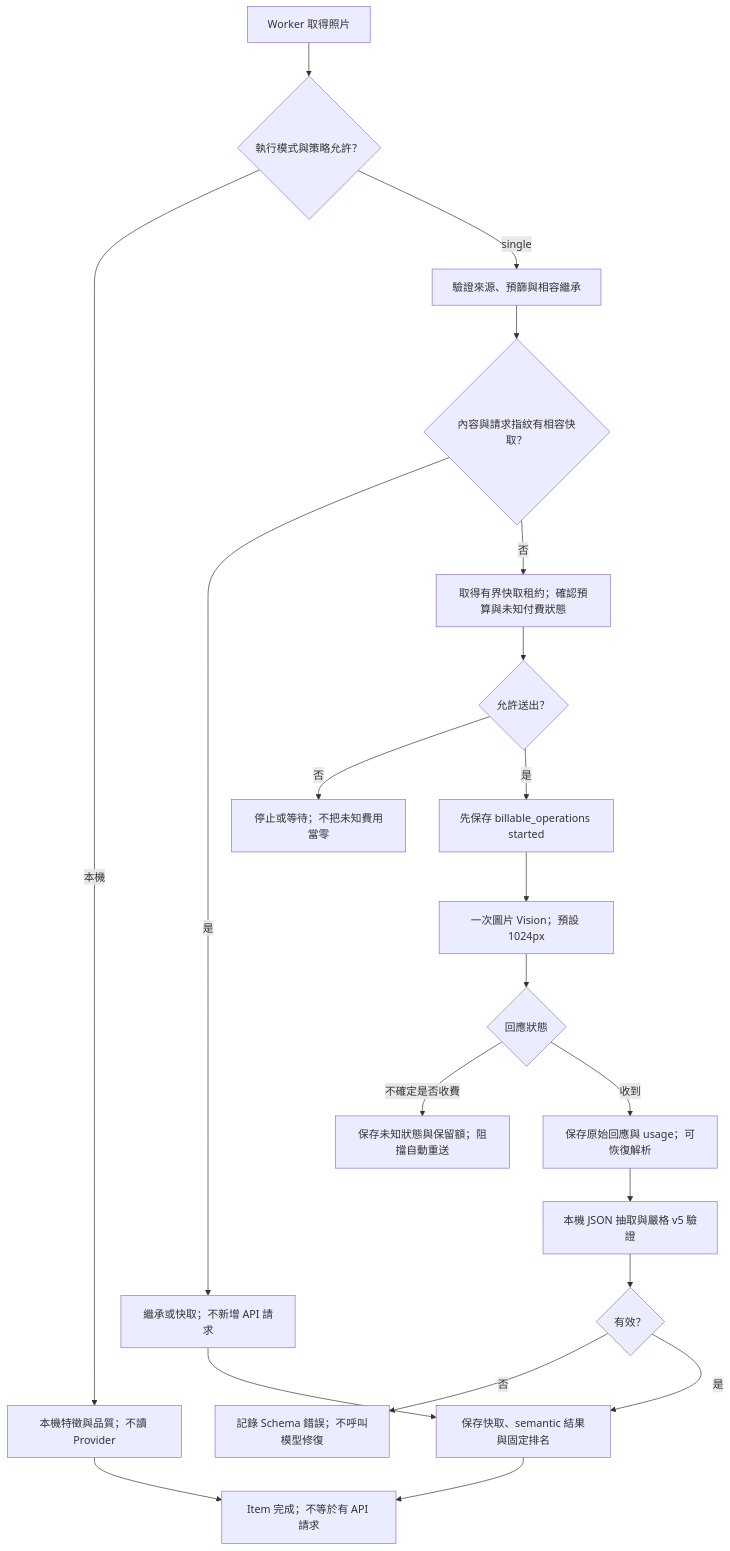
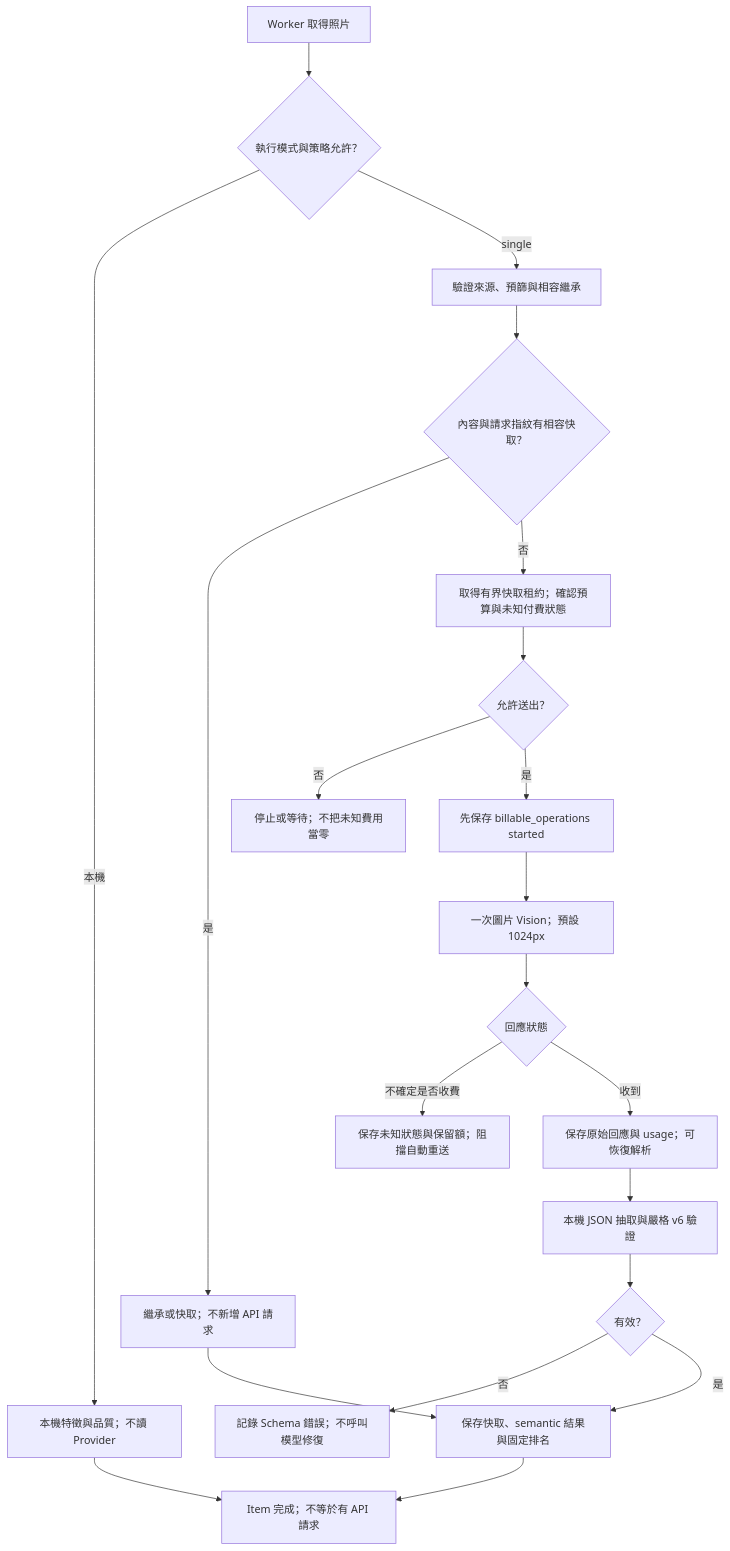
The fifth of 15 diagrams in README.md (steven87090799/InkTime), drawn with Mermaid before and after one commit. The commit also changed other lines of this file and 69 other files, not shown here.

````diff
--- a/README.md
+++ b/README.md
@@ -270,23 +270,23 @@
 ```mermaid
 flowchart TD
     ITEM["Worker 取得照片"] --> MODE{"執行模式與策略允許？"}
     MODE -->|本機| LOCAL["本機特徵與品質；不讀 Provider"]
     MODE -->|single| SOURCE["驗證來源、預篩與相容繼承"]
     SOURCE --> CACHE{"內容與請求指紋有相容快取？"}
     CACHE -->|是| REUSE["繼承或快取；不新增 API 請求"]
     CACHE -->|否| OWNER["取得有界快取租約；確認預算與未知付費狀態"]
     OWNER --> CHECK{"允許送出？"}
     CHECK -->|否| STOP["停止或等待；不把未知費用當零"]
     CHECK -->|是| STARTED["先保存 billable_operations started"]
     STARTED --> VISION["一次圖片 Vision；預設 1024px"]
     VISION --> OUTCOME{"回應狀態"}
     OUTCOME -->|不確定是否收費| UNKNOWN["保存未知狀態與保留額；阻擋自動重送"]
     OUTCOME -->|收到| SAVE["保存原始回應與 usage；可恢復解析"]
-    SAVE --> JSON["本機 JSON 抽取與嚴格 v5 驗證"]
+    SAVE --> JSON["本機 JSON 抽取與嚴格 v6 驗證"]
     JSON --> VALID{"有效？"}
     VALID -->|否| FAILED["記錄 Schema 錯誤；不呼叫模型修復"]
     VALID -->|是| SCORE["保存快取、semantic 結果與固定排名"]
     REUSE --> SCORE
     LOCAL --> DONE["Item 完成；不等於有 API 請求"]
     SCORE --> DONE
 ```
````
